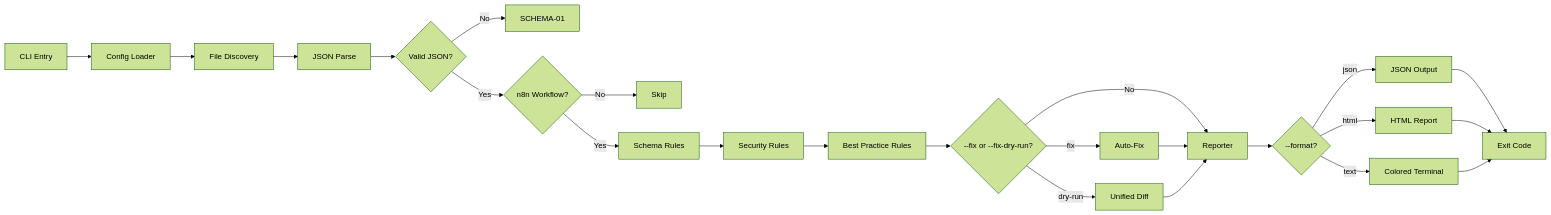
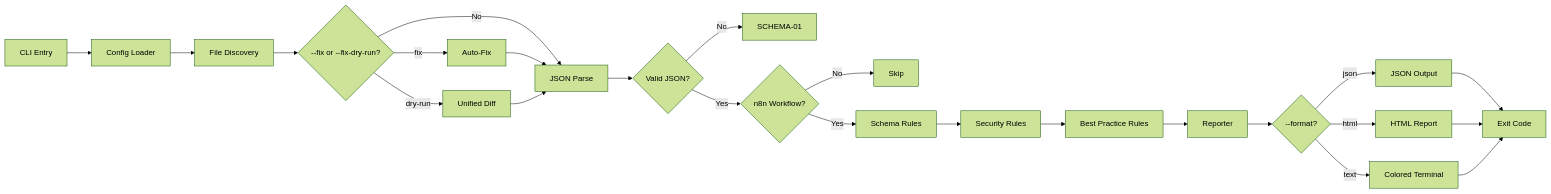
The diagram in README.md (lorenzespinosa/n8n-lint), drawn with Mermaid (forest theme) before and after one commit. The commit also changed other lines of this file and 10 other files, not shown here.

````diff
--- a/README.md
+++ b/README.md
@@ -346,26 +346,26 @@
 ```mermaid
 graph LR
     A[CLI Entry] --> B[Config Loader]
     B --> C[File Discovery]
-    C --> D[JSON Parse]
+    C --> L{--fix or --fix-dry-run?}
+    L -- fix --> M[Auto-Fix]
+    L -- dry-run --> N[Unified Diff]
+    L -- No --> D[JSON Parse]
+    M --> D
+    N --> D
     D --> E{Valid JSON?}
     E -- No --> F[SCHEMA-01]
     E -- Yes --> G{n8n Workflow?}
     G -- No --> H[Skip]
     G -- Yes --> I[Schema Rules]
     I --> J[Security Rules]
     J --> K[Best Practice Rules]
-    K --> L{--fix or --fix-dry-run?}
-    L -- fix --> M[Auto-Fix]
-    L -- dry-run --> N[Unified Diff]
-    L -- No --> O[Reporter]
-    M --> O
-    N --> O
+    K --> O[Reporter]
     O --> P{--format?}
     P -- json --> Q[JSON Output]
     P -- html --> R[HTML Report]
     P -- text --> S[Colored Terminal]
     Q --> T[Exit Code]
     R --> T
     S --> T
 ```
````
